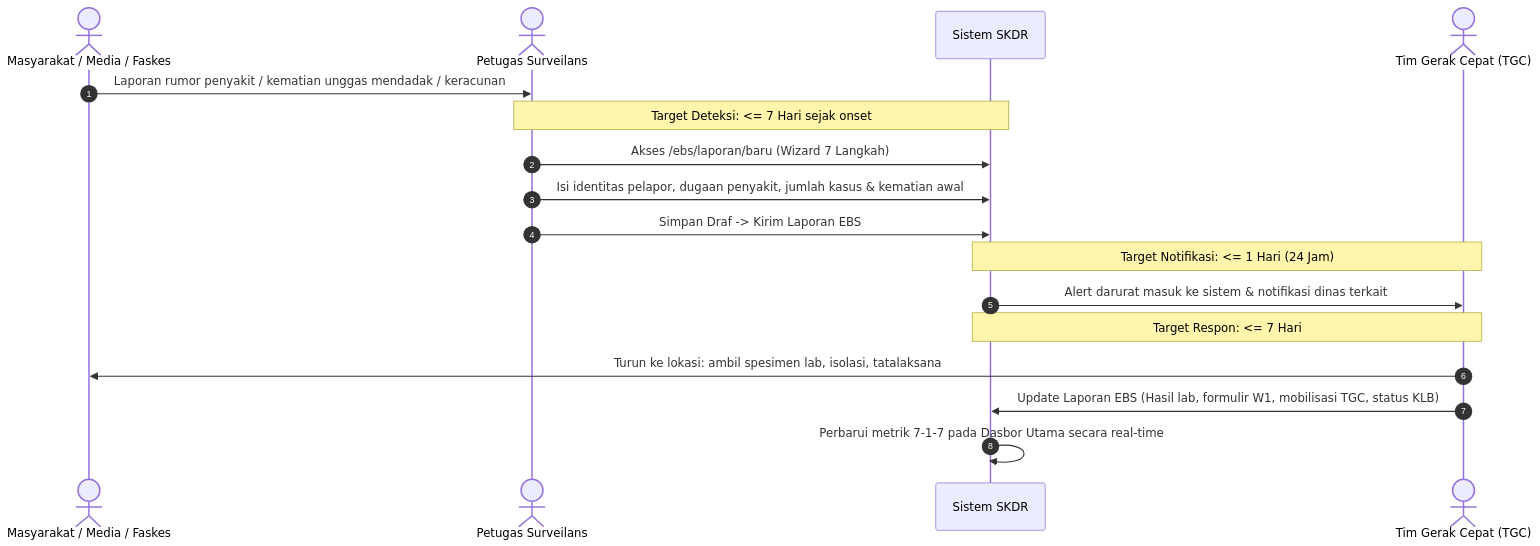
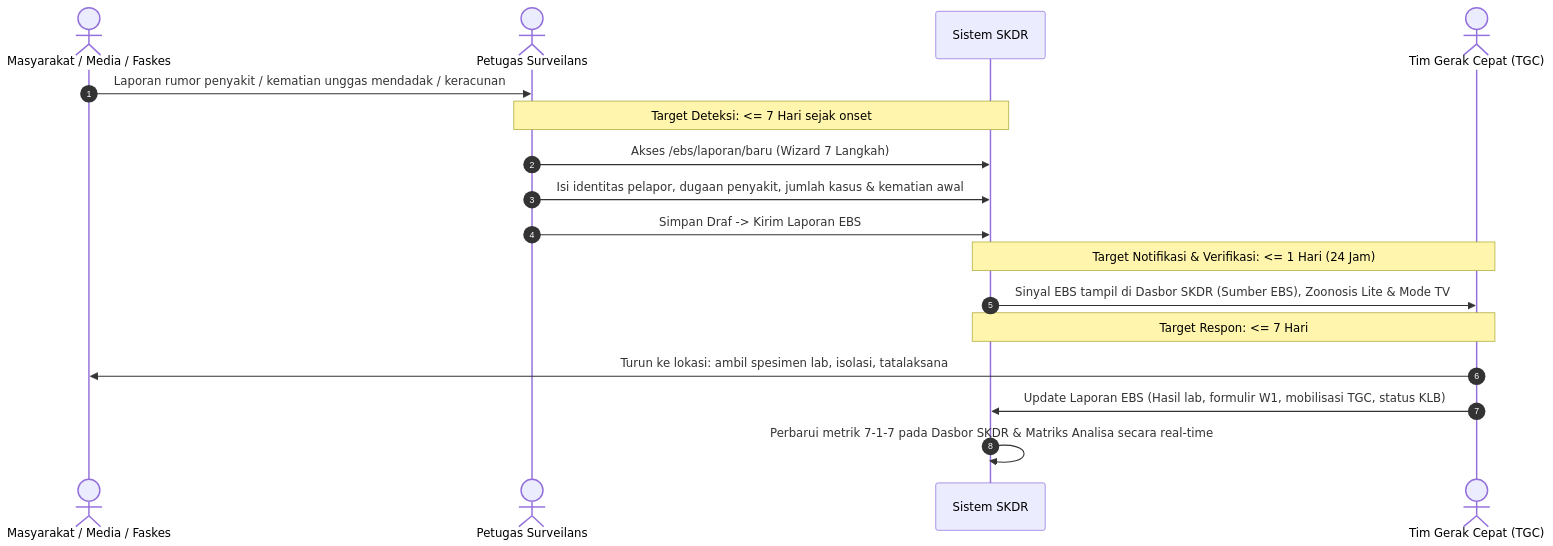
Before and after one commit to cuatiawww/skdr-indonesia: the ninth of 12 diagrams in docs/BRD_SRS_FITUR_FORM_DAN_DASBOR.md, drawn with Mermaid. The commit also changed other lines of this file and 2 other files, not shown here.

Commit message:
docs(brd-srs): update BRD/SRS documentation to v1.1 matching current pages and spatial TV mode (PR 051)

````diff
--- a/docs/BRD_SRS_FITUR_FORM_DAN_DASBOR.md
+++ b/docs/BRD_SRS_FITUR_FORM_DAN_DASBOR.md
@@ -412,20 +434,20 @@
 ```mermaid
 sequenceDiagram
     autonumber
     actor M as Masyarakat / Media / Faskes
     actor P as Petugas Surveilans
     participant S as Sistem SKDR
     actor TGC as Tim Gerak Cepat (TGC)
 
     M->>P: Laporan rumor penyakit / kematian unggas mendadak / keracunan
     Note over P,S: Target Deteksi: <= 7 Hari sejak onset
     P->>S: Akses /ebs/laporan/baru (Wizard 7 Langkah)
     P->>S: Isi identitas pelapor, dugaan penyakit, jumlah kasus & kematian awal
     P->>S: Simpan Draf -> Kirim Laporan EBS
-    Note over S,TGC: Target Notifikasi: <= 1 Hari (24 Jam)
-    S->>TGC: Alert darurat masuk ke sistem & notifikasi dinas terkait
+    Note over S,TGC: Target Notifikasi & Verifikasi: <= 1 Hari (24 Jam)
+    S->>TGC: Sinyal EBS tampil di Dasbor SKDR (Sumber EBS), Zoonosis Lite & Mode TV
     Note over TGC,S: Target Respon: <= 7 Hari
     TGC->>M: Turun ke lokasi: ambil spesimen lab, isolasi, tatalaksana
     TGC->>S: Update Laporan EBS (Hasil lab, formulir W1, mobilisasi TGC, status KLB)
-    S->>S: Perbarui metrik 7-1-7 pada Dasbor Utama secara real-time
+    S->>S: Perbarui metrik 7-1-7 pada Dasbor SKDR & Matriks Analisa secara real-time
 ```
````
